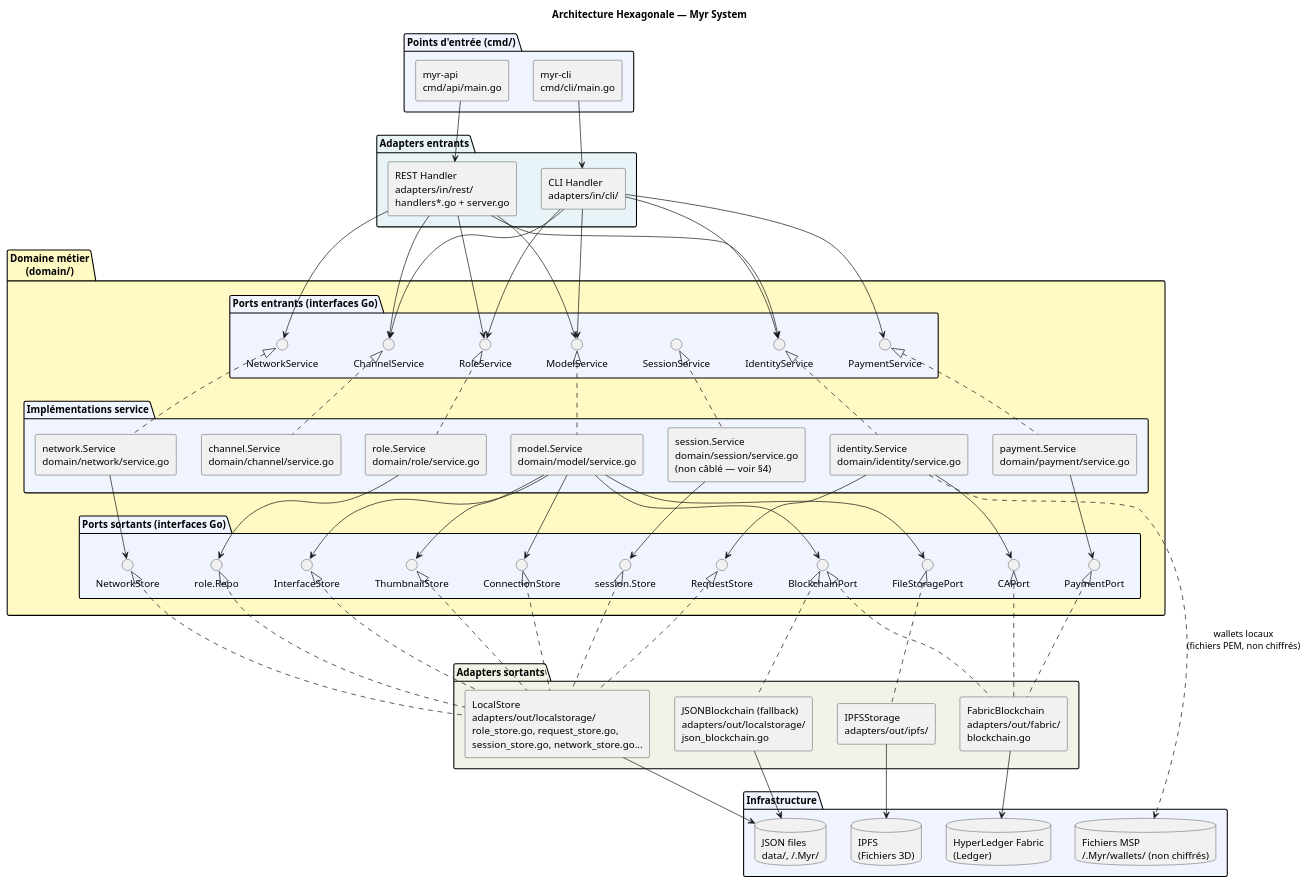
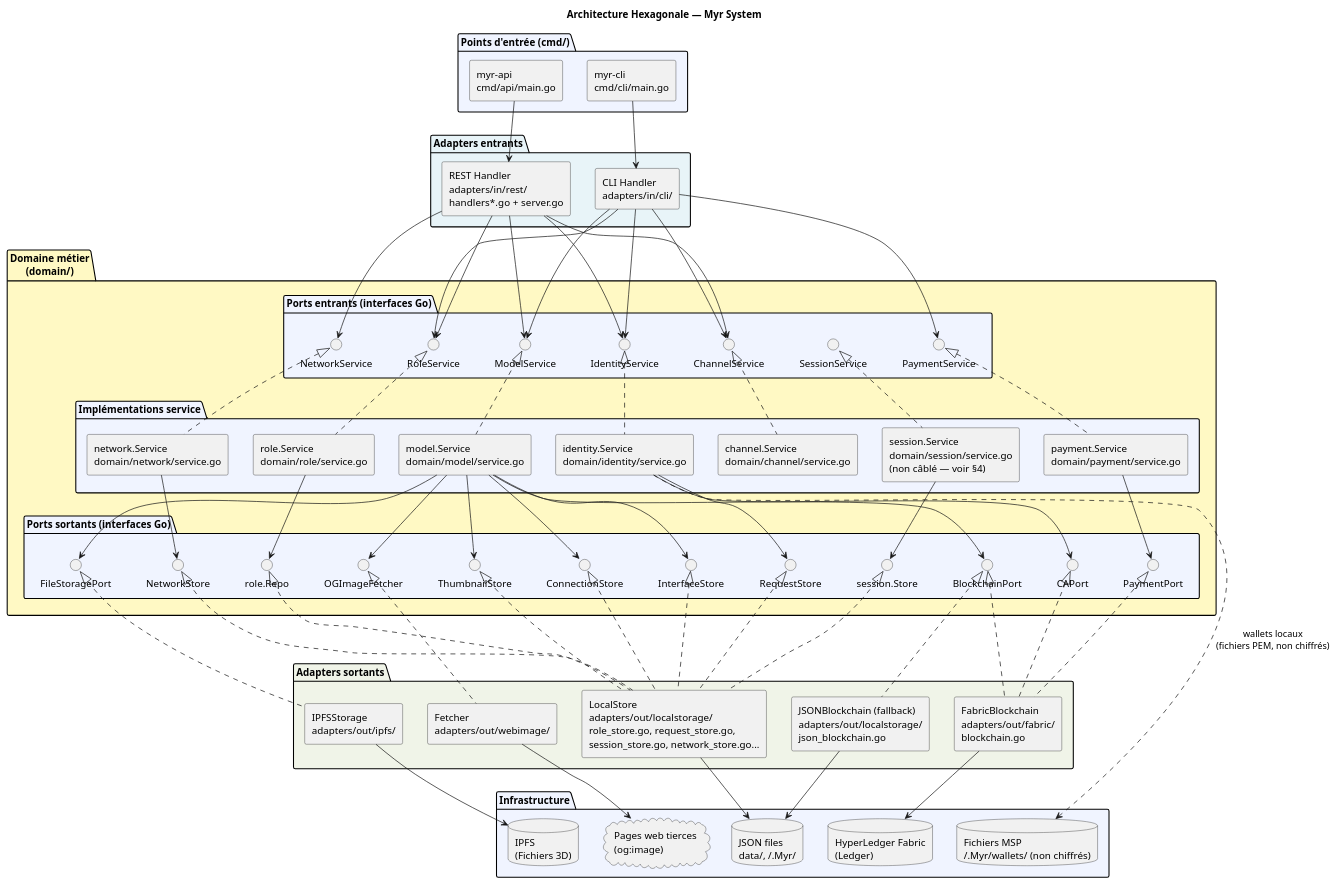
Before and after one commit to olivaux/myr: the first of 2 diagrams in specs/3-Conception/Architecture_Hexagonale.md, drawn with PlantUML. The commit also changed other lines of this file and 9 other files, not shown here.

```diff
--- a/specs/3-Conception/Architecture_Hexagonale.md
+++ b/specs/3-Conception/Architecture_Hexagonale.md
@@ -112,6 +112,7 @@
     interface "ConnectionStore" as PConn
     interface "InterfaceStore" as PIface
     interface "ThumbnailStore" as PThumb
+    interface "OGImageFetcher" as PWebImg
     interface "CAPort" as PCA
     interface "RequestStore" as PReq
     interface "role.Repo" as PRole
@@ -127,6 +128,7 @@
   [JSONBlockchain (fallback)\nadapters/out/localstorage/\njson_blockchain.go] as AdJSON
   [IPFSStorage\nadapters/out/ipfs/] as AdIPFS
   [LocalStore\nadapters/out/localstorage/\nrole_store.go, request_store.go,\nsession_store.go, network_store.go...] as AdLocal
+  [Fetcher\nadapters/out/webimage/] as AdWebImg
 }
 
 ' ── Infrastructure ───────────────────────────────────
@@ -135,6 +137,7 @@
   database "IPFS\n(Fichiers 3D)" as IPFSdb
   database "JSON files\ndata/, ~/.Myr/" as JSONdb
   database "Fichiers MSP\n~/.Myr/wallets/ (non chiffrés)" as MSPFiles
+  cloud "Pages web tierces\n(og:image)" as WebPages
 }
 
 ' ── Connexions ───────────────────────────────────────
@@ -165,6 +168,7 @@
 SvcModel --> PConn
 SvcModel --> PIface
 SvcModel --> PThumb
+SvcModel --> PWebImg
 SvcIdentity --> PCA
 SvcIdentity --> PReq
 SvcRole --> PRole
@@ -178,6 +182,7 @@
 PConn <|.. AdLocal
 PIface <|.. AdLocal
 PThumb <|.. AdLocal
+PWebImg <|.. AdWebImg
 PNet <|.. AdLocal
 PReq <|.. AdLocal
 PRole <|.. AdLocal
@@ -189,6 +194,7 @@
 AdIPFS --> IPFSdb
 AdJSON --> JSONdb
 AdLocal --> JSONdb
+AdWebImg --> WebPages
 SvcIdentity ..> MSPFiles : wallets locaux\n(fichiers PEM, non chiffrés)
 
 @enduml
```
